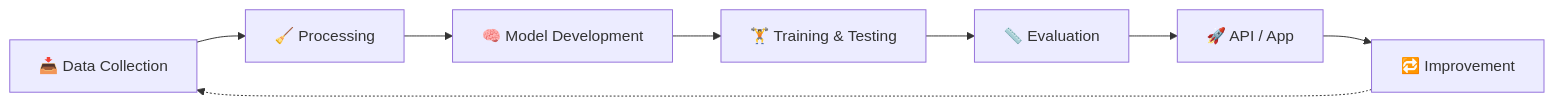
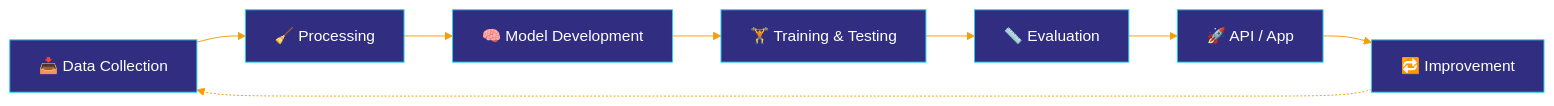
The diagram in README.md (HadiaWaheed/HadiaWaheed), drawn with Mermaid before and after one commit. The commit also changed other lines of this file, not shown here.

````diff
--- a/README.md
+++ b/README.md
@@ -163,10 +133,11 @@
 ```mermaid
+%%{init: {'theme':'base','themeVariables':{'primaryColor':'#312E81','primaryTextColor':'#ffffff','primaryBorderColor':'#22D3EE','lineColor':'#F59E0B','secondaryColor':'#0B1220','tertiaryColor':'#0B1220'}}}%%
 flowchart LR
     A[📥 Data Collection] --> B[🧹 Processing]
     B --> C[🧠 Model Development]
     C --> D[🏋️ Training & Testing]
     D --> E[📏 Evaluation]
     E --> F[🚀 API / App]
     F --> G[🔁 Improvement]
     G -.-> A
 ```
````
